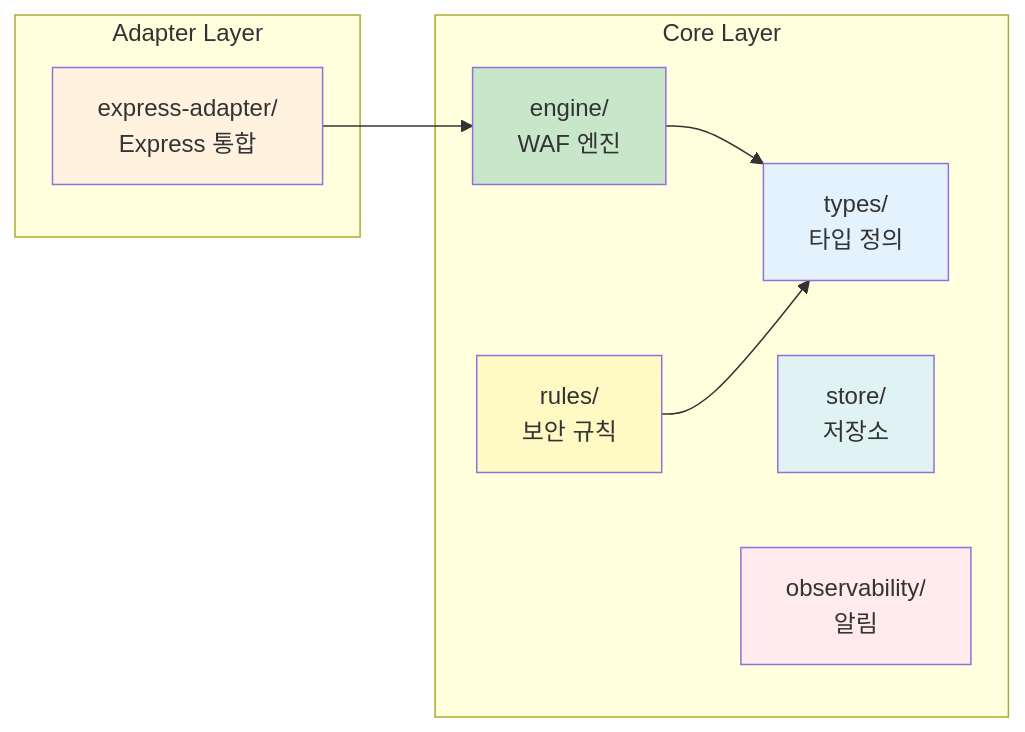
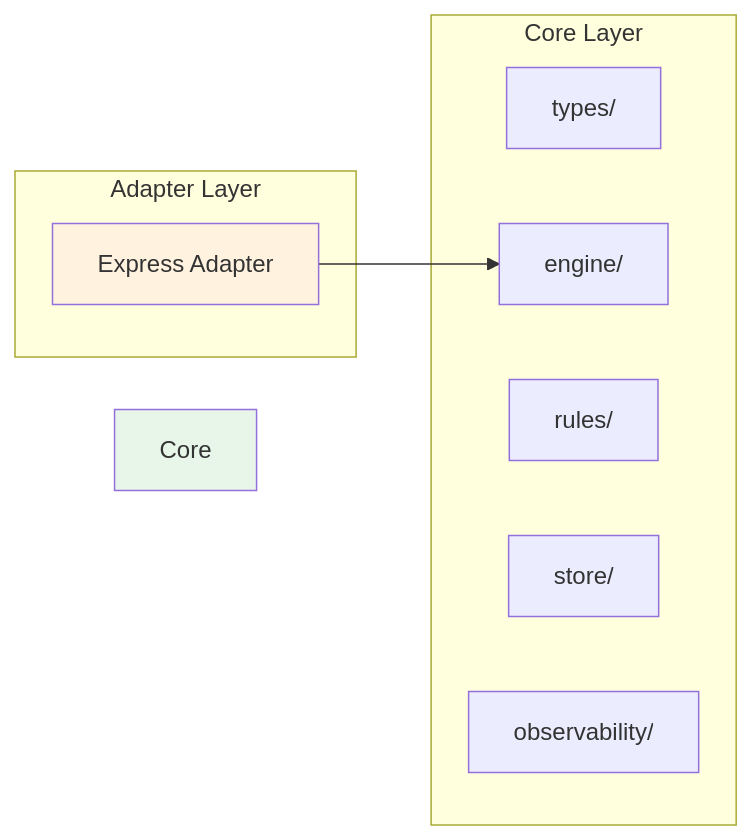
Before and after one commit to BrianChanLEE/jwt-waf: the second of 2 diagrams in CONTRIBUTING.md, drawn with Mermaid. The commit also changed other lines of this file and 3 other files, not shown here.

````diff
--- a/CONTRIBUTING.md
+++ b/CONTRIBUTING.md
@@ -52,25 +47,19 @@
 ```mermaid
 graph LR
     subgraph "Core Layer"
-        Types[types/<br/>타입 정의]
-        Engine[engine/<br/>WAF 엔진]
-        Rules[rules/<br/>보안 규칙]
-        Store[store/<br/>저장소]
-        Notifiers[observability/<br/>알림]
+        Types[types/]
+        Engine[engine/]
+        Rules[rules/]
+        Store[store/]
+        Obs[observability/]
     end
     
     subgraph "Adapter Layer"
-        Express[express-adapter/<br/>Express 통합]
+        ExpressAdapter["Express Adapter"]
     end
     
-    Engine --> Types
-    Rules --> Types
-    Express --> Engine
+    ExpressAdapter --> Engine
     
-    style Types fill:#E3F2FD
-    style Engine fill:#C8E6C9
-    style Rules fill:#FFF9C4
-    style Store fill:#E0F2F1
-    style Notifiers fill:#FFEBEE
-    style Express fill:#FFF3E0
+    style Core fill:#E8F5E9
+    style ExpressAdapter fill:#FFF3E0
 ```
````
